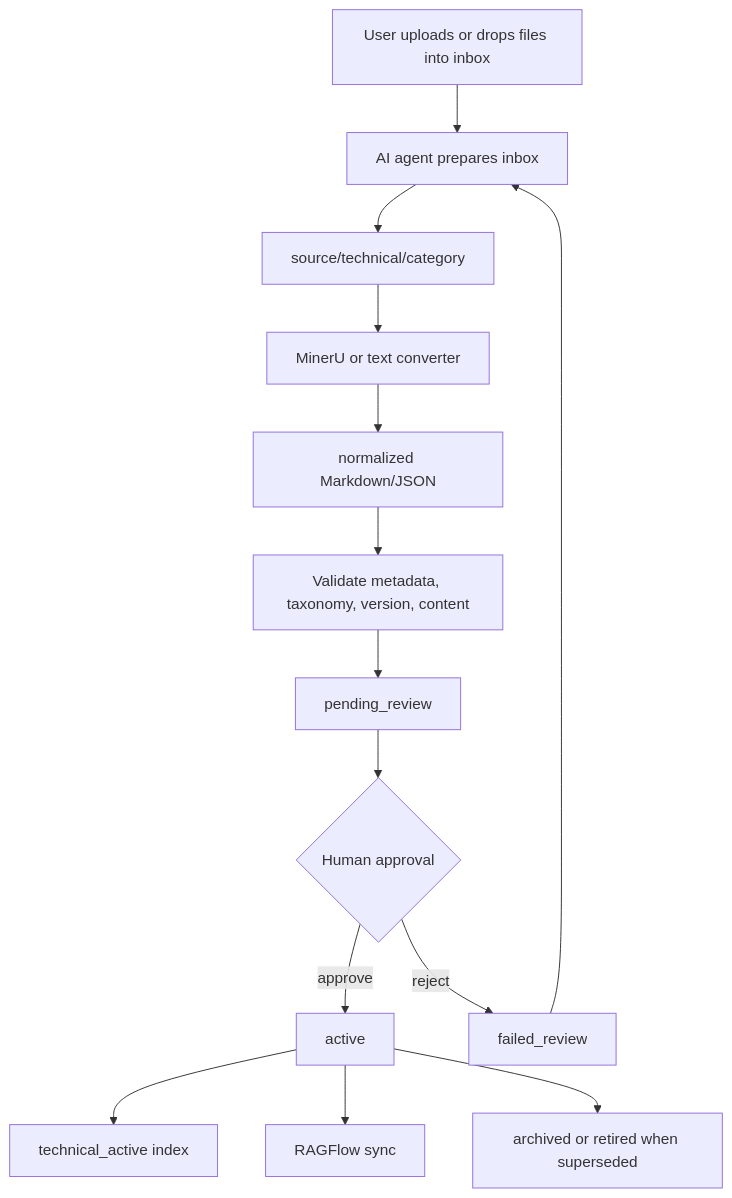
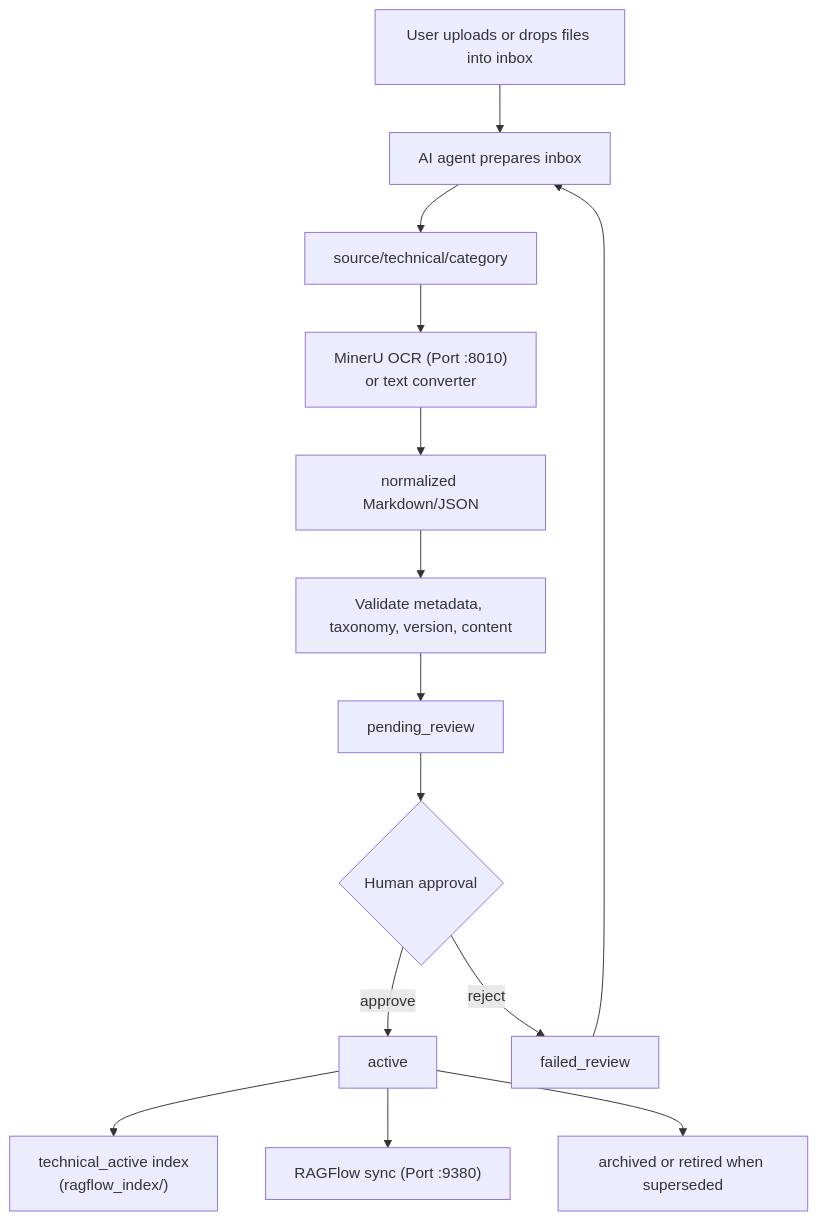
The second of 2 diagrams in docs/architecture.md (DinhLucent/chatboxRAG-enterprise), drawn with Mermaid before and after one commit. The commit also changed other lines of this file and 35 other files, not shown here.

````diff
--- a/docs/architecture.md
+++ b/docs/architecture.md
@@ -29,16 +29,16 @@
 ```mermaid
 flowchart TD
     A["User uploads or drops files into inbox"] --> B["AI agent prepares inbox"]
     B --> C["source/technical/category"]
-    C --> D["MinerU or text converter"]
+    C --> D["MinerU OCR (Port :8010)<br/>or text converter"]
     D --> E["normalized Markdown/JSON"]
     E --> F["Validate metadata, taxonomy, version, content"]
     F --> G["pending_review"]
     G --> H{"Human approval"}
     H -->|approve| I["active"]
     H -->|reject| J["failed_review"]
-    I --> K["technical_active index"]
-    I --> L["RAGFlow sync"]
+    I --> K["technical_active index<br/>(ragflow_index/)"]
+    I --> L["RAGFlow sync (Port :9380)"]
     J --> B
     I --> M["archived or retired when superseded"]
 ```
````
